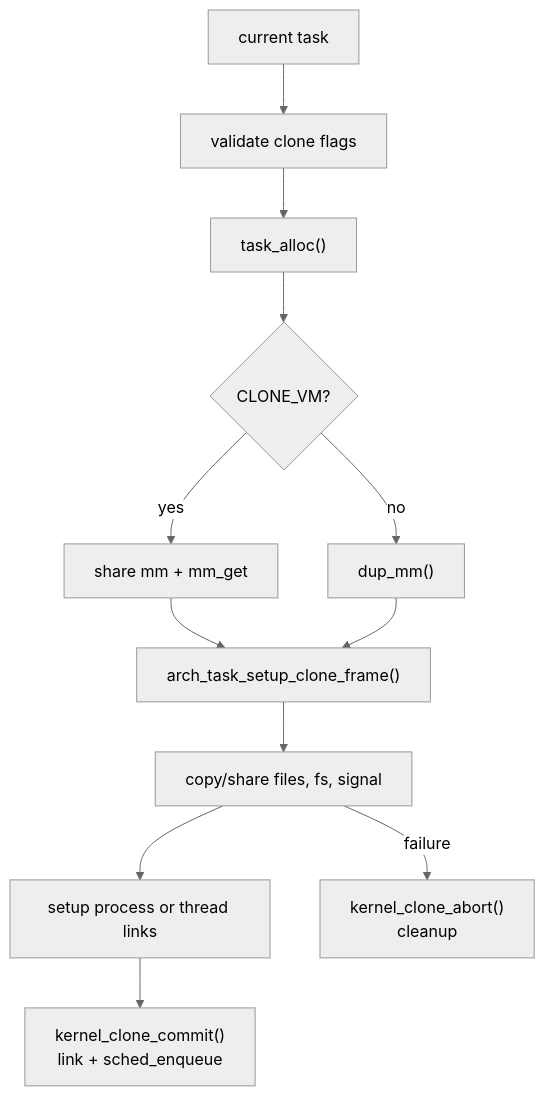
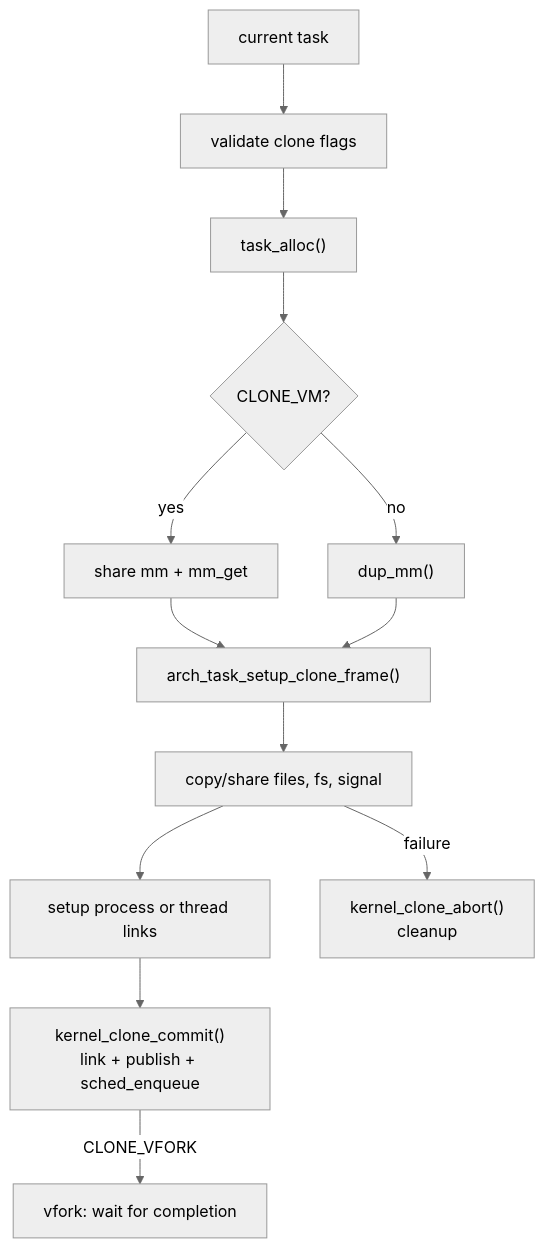
The second of 4 diagrams in docs/architecture/task.md (pillow-zx/CuteOS), drawn with Mermaid (neutral theme) before and after one commit. The commit also changed other lines of this file and 151 other files, not shown here.

````diff
--- a/docs/architecture/task.md
+++ b/docs/architecture/task.md
@@ -139,20 +160,22 @@
 ```mermaid
 flowchart TD
     Parent["current task"]
     Validate["validate clone flags"]
     Alloc["task_alloc()"]
     MM{"CLONE_VM?"}
     ShareMM["share mm + mm_get"]
     DupMM["dup_mm()"]
     Frame["arch_task_setup_clone_frame()"]
     Resources["copy/share files, fs, signal"]
     Links["setup process or thread links"]
-    Commit["kernel_clone_commit()<br/>link + sched_enqueue"]
+    Commit["kernel_clone_commit()<br/>link + publish + sched_enqueue"]
+    VforkWait["vfork: wait for completion"]
     Abort["kernel_clone_abort()<br/>cleanup"]
 
     Parent --> Validate --> Alloc --> MM
     MM -->|"yes"| ShareMM --> Frame
     MM -->|"no"| DupMM --> Frame
     Frame --> Resources --> Links --> Commit
+    Commit -->|"CLONE_VFORK"| VforkWait
     Resources -->|"failure"| Abort
 ```
````
